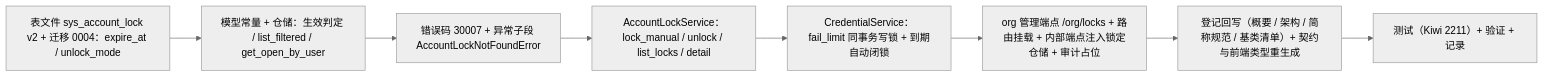
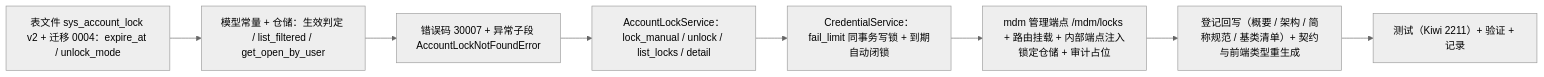
The diagram in bms文档/项目/06_认证与安全/任务/03_验证码与账号治理/03_验证码与账号治理_07_账号锁定与解锁管理/实施/01_实施_07_账号锁定与解锁管理.md (minjian123/basic-management-system), drawn with Mermaid (neutral theme) before and after one commit. The commit also changed other lines of this file and 501 other files, not shown here.

````diff
--- a/bms文档/项目/06_认证与安全/任务/03_验证码与账号治理/03_验证码与账号治理_07_账号锁定与解锁管理/实施/01_实施_07_账号锁定与解锁管理.md
+++ b/bms文档/项目/06_认证与安全/任务/03_验证码与账号治理/03_验证码与账号治理_07_账号锁定与解锁管理/实施/01_实施_07_账号锁定与解锁管理.md
@@ -22,10 +22,10 @@
 ```mermaid
 flowchart LR
     A["表文件 sys_account_lock v2 + 迁移 0004：expire_at / unlock_mode"] --> B["模型常量 + 仓储：生效判定 / list_filtered / get_open_by_user"]
     B --> C["错误码 30007 + 异常子段 AccountLockNotFoundError"]
     C --> D["AccountLockService：lock_manual / unlock / list_locks / detail"]
     D --> E["CredentialService：fail_limit 同事务写锁 + 到期自动闭锁"]
-    E --> F["org 管理端点 /org/locks + 路由挂载 + 内部端点注入锁定仓储 + 审计占位"]
+    E --> F["mdm 管理端点 /mdm/locks + 路由挂载 + 内部端点注入锁定仓储 + 审计占位"]
     F --> G["登记回写（概要 / 架构 / 简称规范 / 基类清单）+ 契约与前端类型重生成"]
     G --> H["测试（Kiwi 2211）+ 验证 + 记录"]
 ```
````
